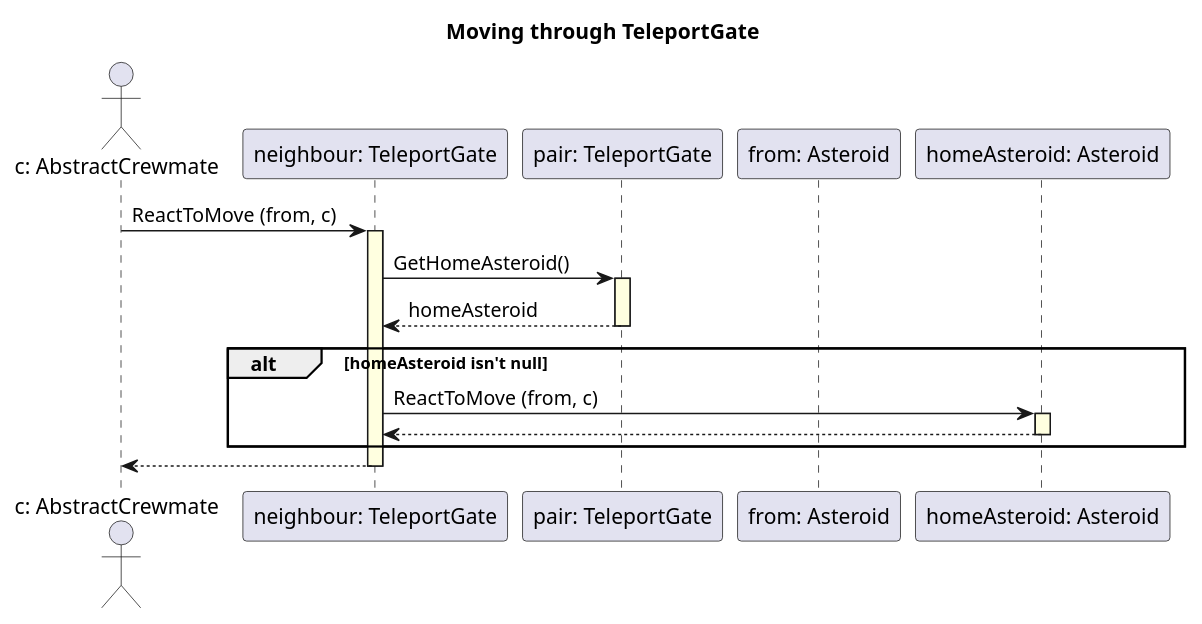
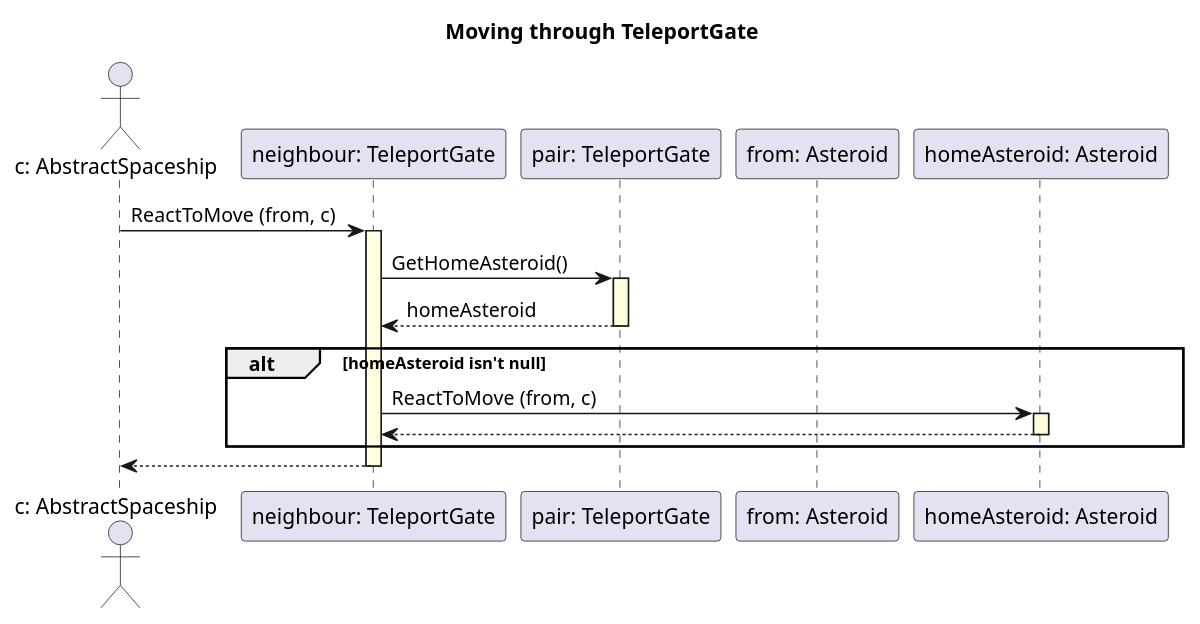
Before and after one commit to triszt4n/projlab_holy_oil: the diagram in uml/original_seq_diagrams/react_move_teleport.plantuml, drawn with PlantUML. The commit also changed 36 other files, not shown here.

```diff
--- a/uml/original_seq_diagrams/react_move_teleport.plantuml
+++ b/uml/original_seq_diagrams/react_move_teleport.plantuml
@@ -1,26 +1,26 @@
 @startuml
 skinparam SequenceLifeLineBackgroundColor LightYellow
 
 title "Moving through TeleportGate"
 
-actor "c: AbstractCrewmate" as crewmate
+actor "c: AbstractSpaceship" as crewmate
 participant "neighbour: TeleportGate" as neighbour
 participant "pair: TeleportGate" as pair
 participant "from: Asteroid" as from
 participant "homeAsteroid: Asteroid" as home
 
 crewmate -> neighbour ++ : ReactToMove (from, c)
 
     neighbour -> pair ++ : GetHomeAsteroid()
     pair --> neighbour -- : homeAsteroid
 
     alt homeAsteroid isn't null
 
         neighbour -> home ++ : ReactToMove (from, c)
         home --> neighbour --
 
     end
 
 neighbour --> crewmate --
 
 @enduml
```
